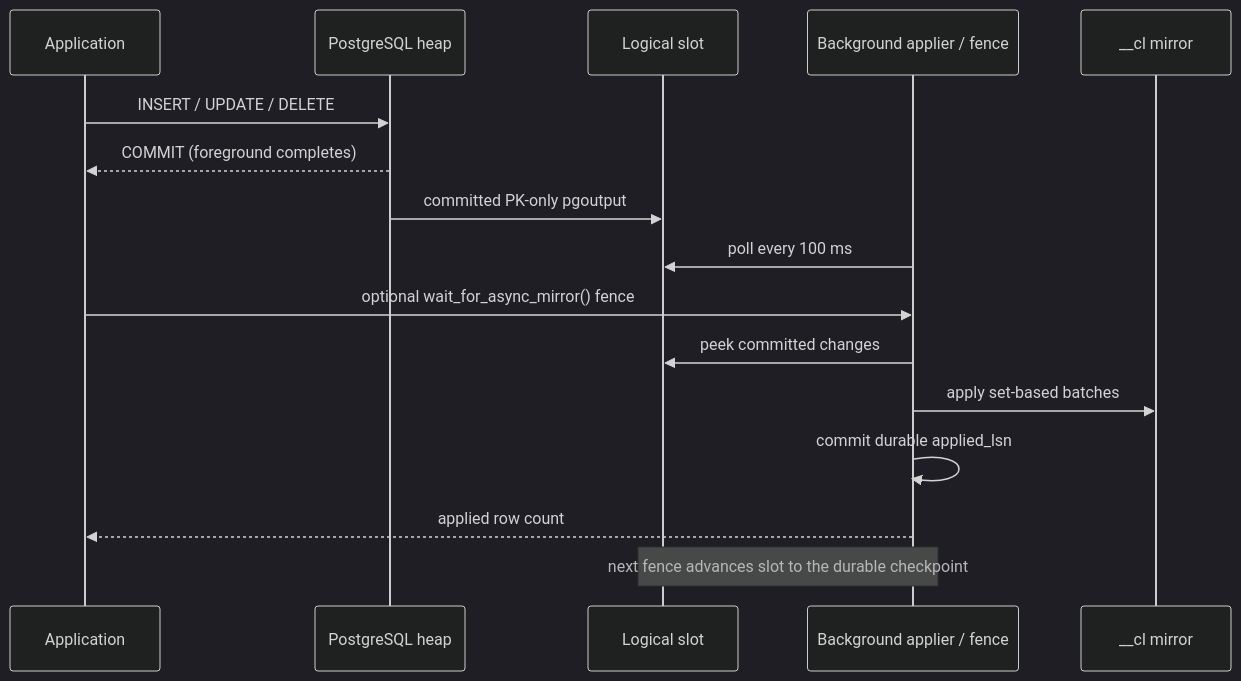
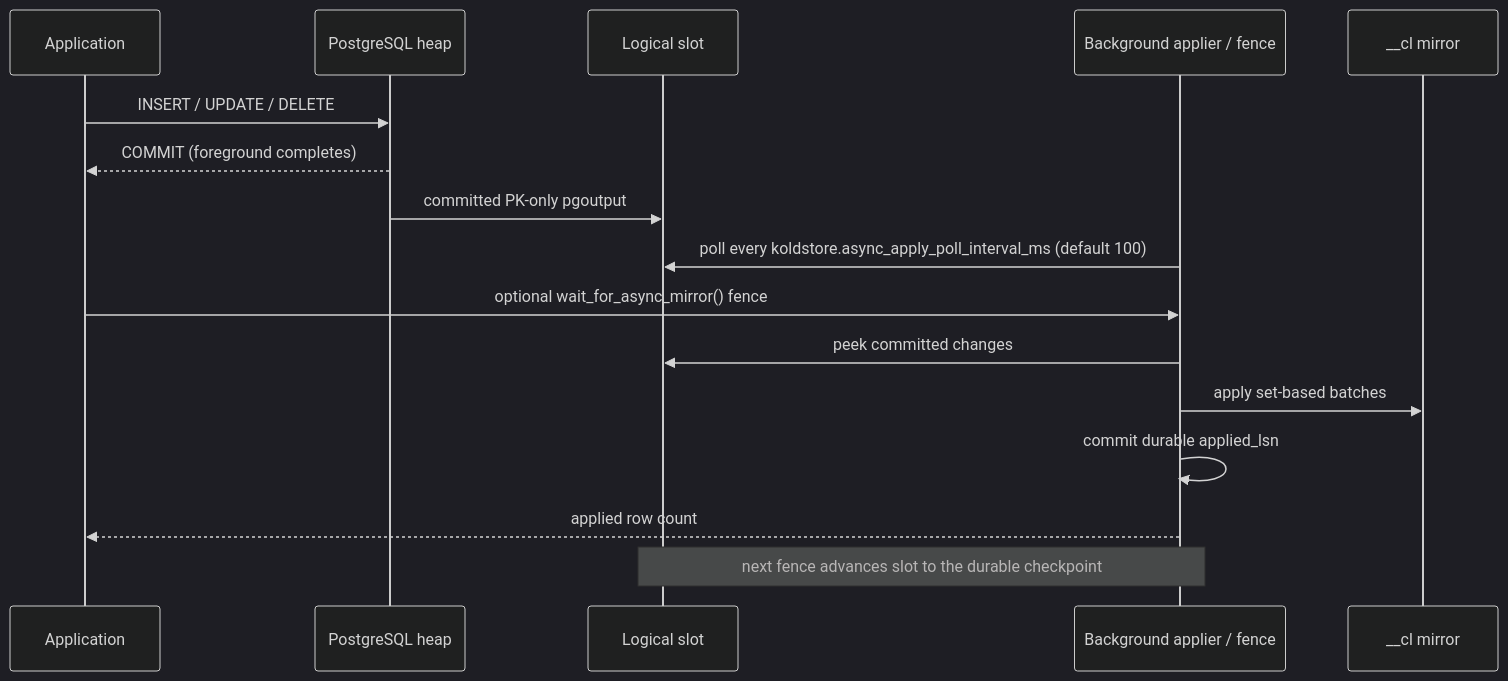
Before and after one commit to kalamdb/koldstore: the diagram in docs/architecture/mirror-capture-async.md, drawn with Mermaid (dark theme). The commit also changed other lines of this file and 53 other files, not shown here.

First line of the commit message:
Harden async apply and fix ordered merge scans

````diff
--- a/docs/architecture/mirror-capture-async.md
+++ b/docs/architecture/mirror-capture-async.md
@@ -100,19 +100,19 @@
 ```mermaid
 sequenceDiagram
   participant App as Application
   participant Heap as PostgreSQL heap
   participant WAL as Logical slot
   participant Apply as Background applier / fence
   participant Mirror as __cl mirror
 
   App->>Heap: INSERT / UPDATE / DELETE
   Heap-->>App: COMMIT (foreground completes)
   Heap->>WAL: committed PK-only pgoutput
-  Apply->>WAL: poll every 100 ms
+  Apply->>WAL: poll every koldstore.async_apply_poll_interval_ms (default 100)
   App->>Apply: optional wait_for_async_mirror() fence
   Apply->>WAL: peek committed changes
   Apply->>Mirror: apply set-based batches
   Apply->>Apply: commit durable applied_lsn
   Apply-->>App: applied row count
   Note over Apply,WAL: next fence advances slot to the durable checkpoint
 ```
````
